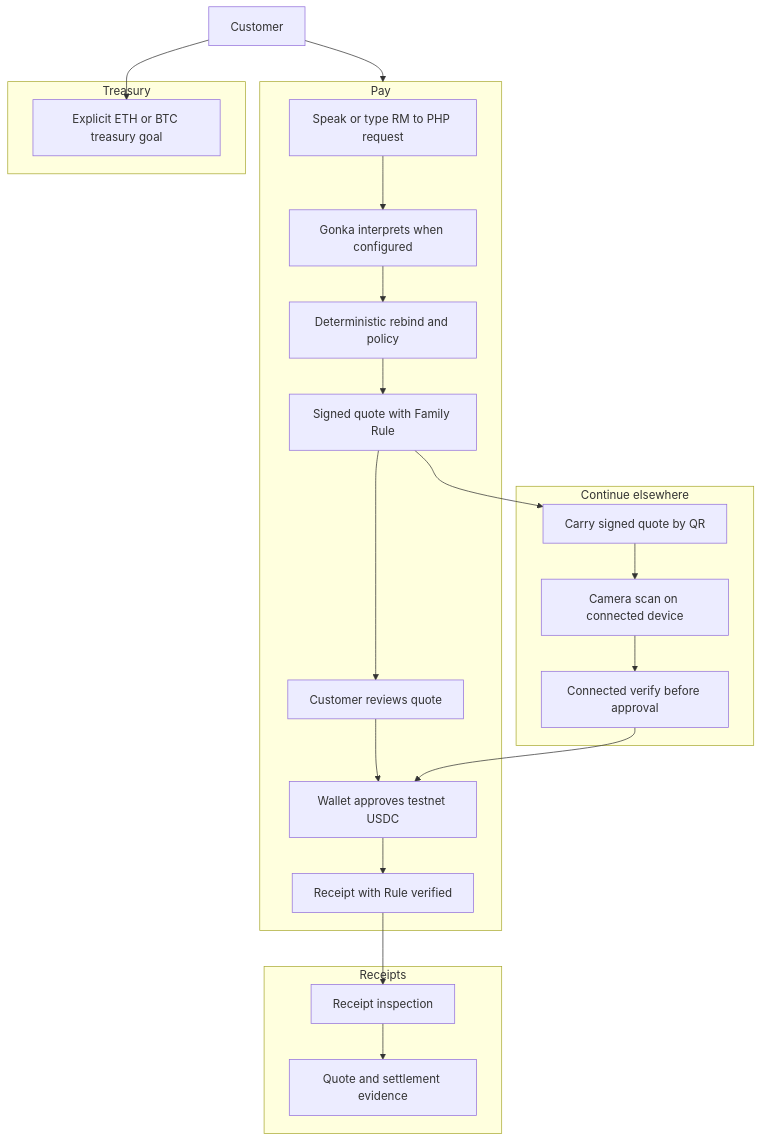
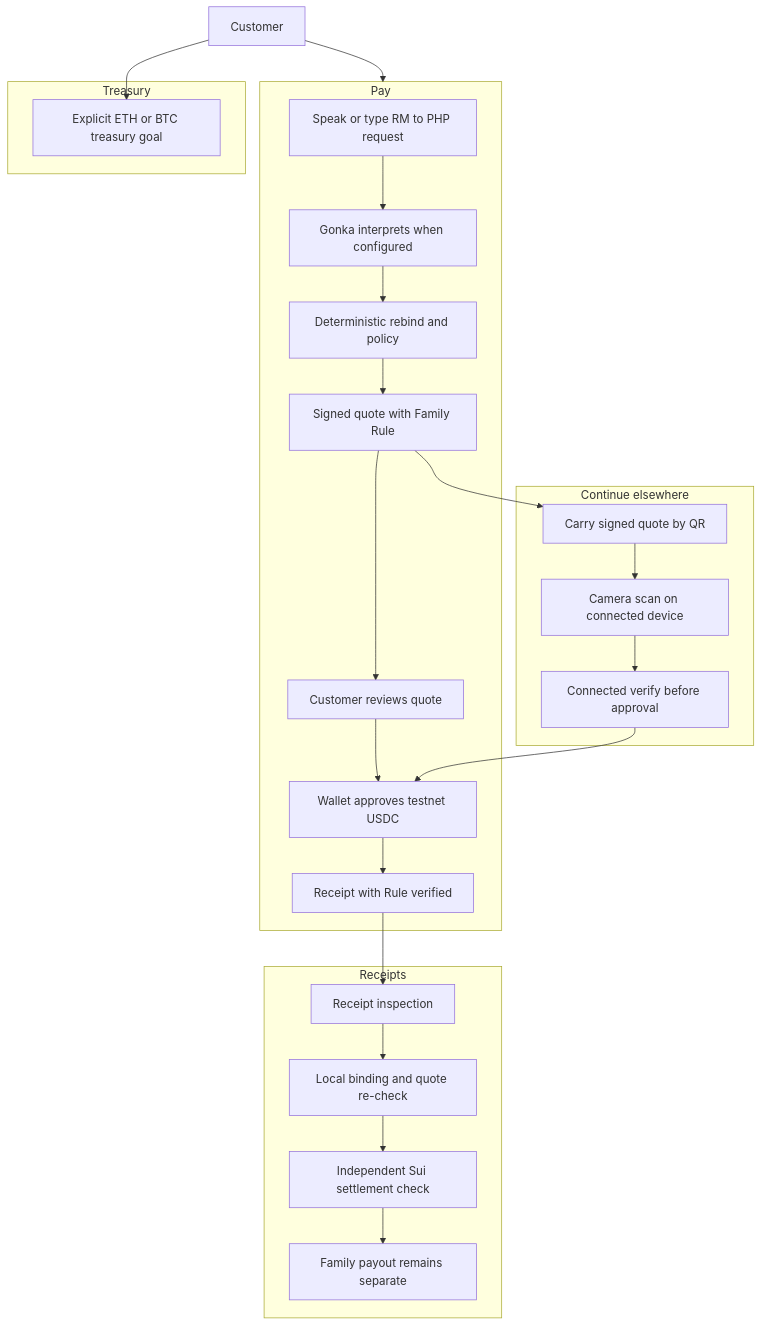
One commit to MUBA-Hack/convey-sui changed the first of 4 diagrams in README.md. Above: the diagram before and after it, drawn with Mermaid. The commit also changed other lines of this file and 7 other files, not shown here.

````diff
--- a/README.md
+++ b/README.md
@@ -379,38 +392,40 @@
 ```mermaid
 flowchart TB
   Customer["Customer"]
 
   subgraph Pay["Pay"]
     Request["Speak or type RM to PHP request"]
     Interpret["Gonka interprets when configured"]
     Rebind["Deterministic rebind and policy"]
     Quote["Signed quote with Family Rule"]
     Review["Customer reviews quote"]
     Wallet["Wallet approves testnet USDC"]
     Receipt["Receipt with Rule verified"]
     Request --> Interpret --> Rebind --> Quote --> Review --> Wallet --> Receipt
   end
 
   subgraph Carry["Continue elsewhere"]
     Qr["Carry signed quote by QR"]
     Scan["Camera scan on connected device"]
     QuoteCheck["Connected verify before approval"]
     Qr --> Scan --> QuoteCheck
   end
 
   subgraph Protect["Treasury"]
     Eth["Explicit ETH or BTC treasury goal"]
   end
 
   subgraph ReceiptsArea["Receipts"]
     ReceiptReview["Receipt inspection"]
-    ReceiptEvidence["Quote and settlement evidence"]
-    ReceiptReview --> ReceiptEvidence
+    ReceiptEvidence["Local binding and quote re-check"]
+    SuiCheck["Independent Sui settlement check"]
+    PayoutState["Family payout remains separate"]
+    ReceiptReview --> ReceiptEvidence --> SuiCheck --> PayoutState
   end
 
   Customer --> Pay
   Quote --> Qr
   QuoteCheck --> Wallet
   Customer --> Eth
   Receipt --> ReceiptReview
 ```
````
